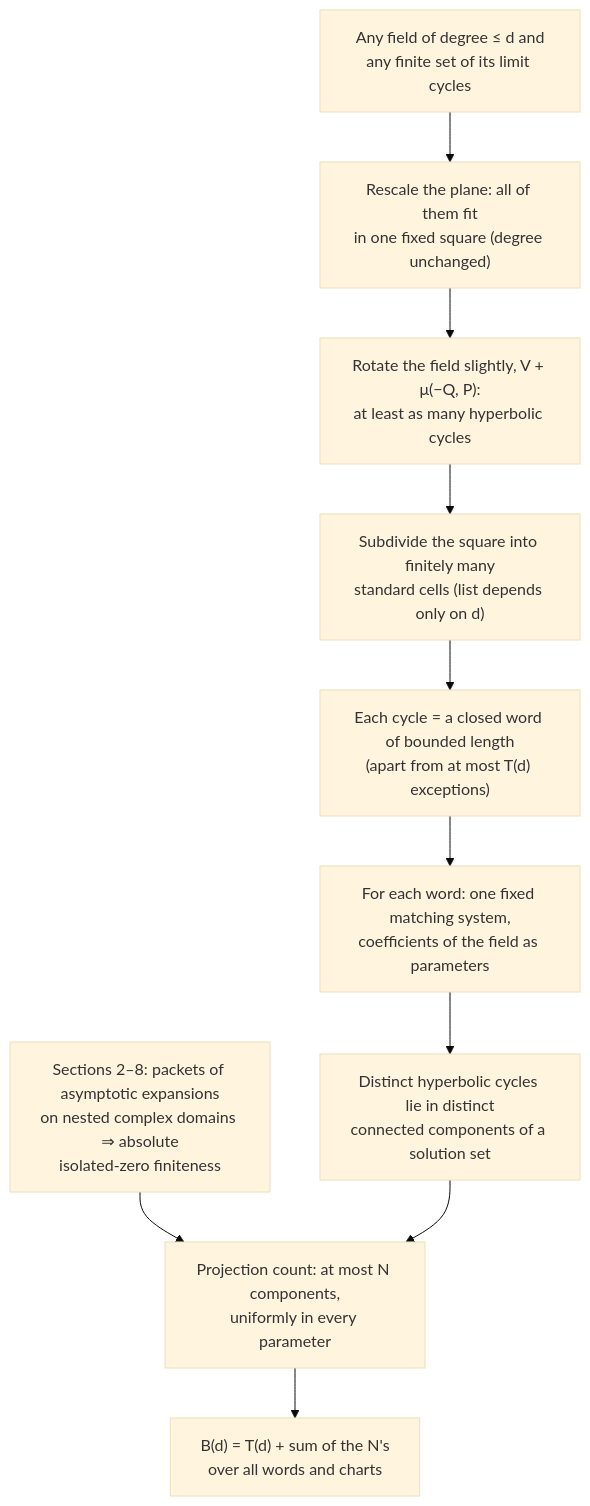
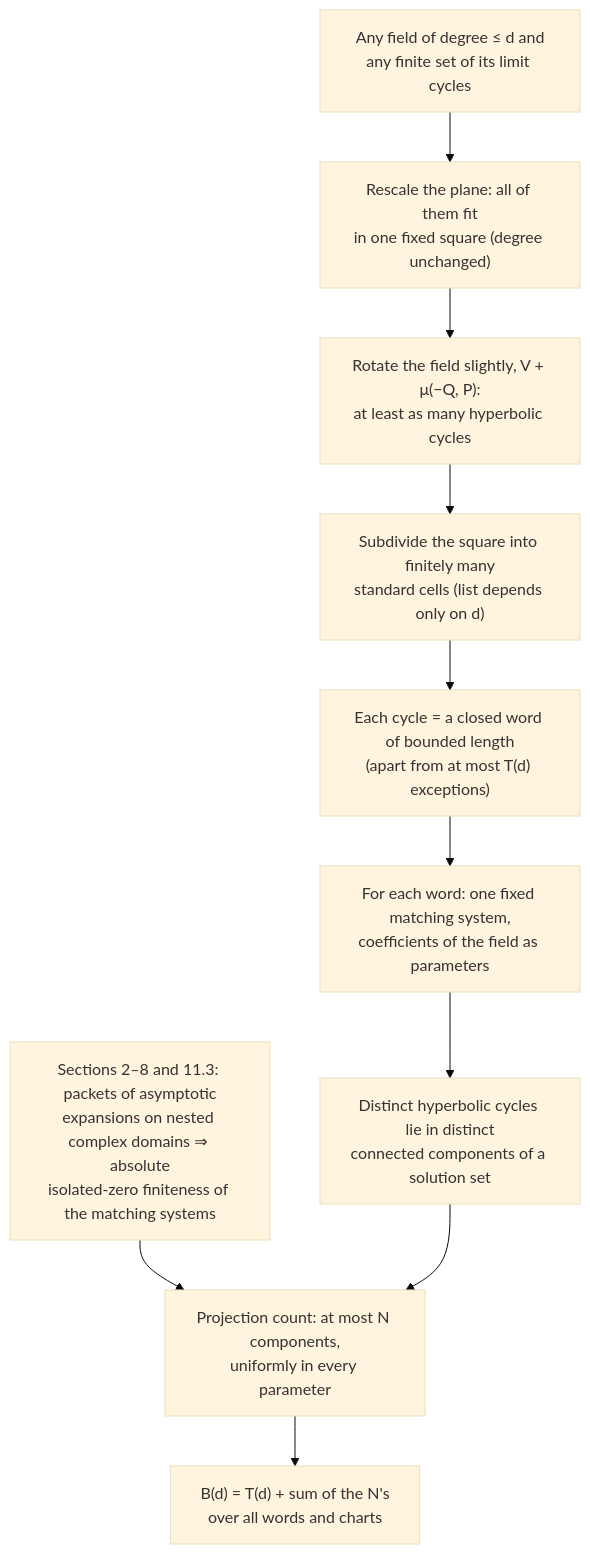
The diagram in papers/uniform-bounds-for-planar-polynomial-limit-cycles-September-24-2026/README.md (Singh-AP/ai-math-papers-explained), drawn with Mermaid (base theme) before and after one commit. The commit also changed other lines of this file and 5 other files, not shown here.

````diff
--- a/papers/uniform-bounds-for-planar-polynomial-limit-cycles-September-24-2026/README.md
+++ b/papers/uniform-bounds-for-planar-polynomial-limit-cycles-September-24-2026/README.md
@@ -223,12 +229,12 @@
 ```mermaid
 flowchart TD
     A["Any field of degree ≤ d and<br/>any finite set of its limit cycles"] --> B["Rescale the plane: all of them fit<br/>in one fixed square (degree unchanged)"]
     B --> C["Rotate the field slightly, V + μ(−Q, P):<br/>at least as many hyperbolic cycles"]
     C --> D["Subdivide the square into finitely many<br/>standard cells (list depends only on d)"]
     D --> E["Each cycle = a closed word of bounded length<br/>(apart from at most T(d) exceptions)"]
     E --> F["For each word: one fixed matching system,<br/>coefficients of the field as parameters"]
     F --> G["Distinct hyperbolic cycles lie in distinct<br/>connected components of a solution set"]
-    H["Sections 2–8: packets of asymptotic expansions<br/>on nested complex domains ⇒ absolute<br/>isolated-zero finiteness"] --> I
+    H["Sections 2–8 and 11.3: packets of asymptotic<br/>expansions on nested complex domains ⇒ absolute<br/>isolated-zero finiteness of the matching systems"] --> I
     G --> I["Projection count: at most N components,<br/>uniformly in every parameter"]
     I --> J["B(d) = T(d) + sum of the N's<br/>over all words and charts"]
 ```
````
